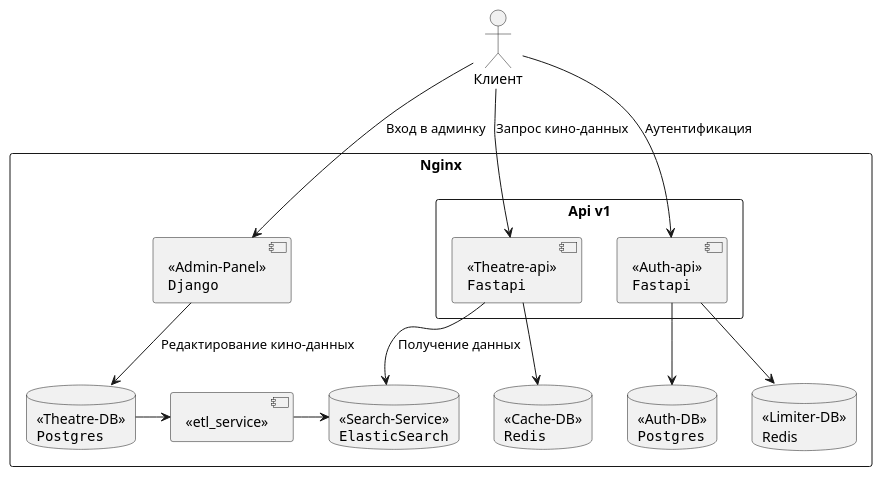
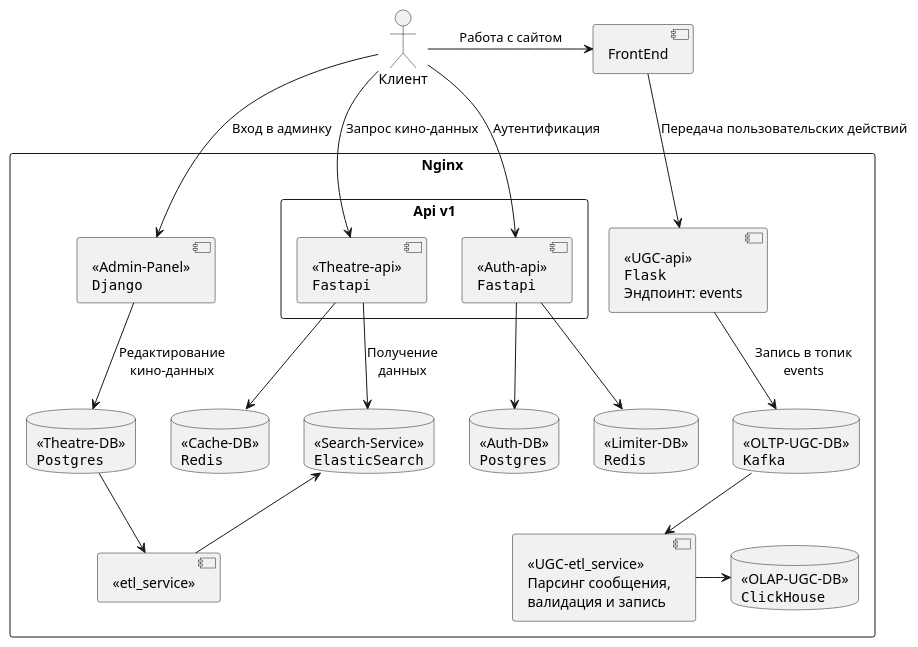
The diagram in docs/current_arch/arch_main.wsd (Garic-Che/ugc_team_3_sprint_2), drawn with PlantUML before and after one commit. The commit also changed 3 other files, not shown here.

Commit message:
Схема взаимодействия сервисов

```diff
--- a/docs/current_arch/arch_main.wsd
+++ b/docs/current_arch/arch_main.wsd
@@ -1,28 +1,38 @@
 @startuml Текущая архитектура
 skinparam componentStyle uml2
 actor Клиент as Client
+component "FrontEnd" as FrontEnd
 rectangle "Nginx" {
     component "<<Admin-Panel>>\n""Django""" as AdminPanel
     component "<<etl_service>>" as ETLService
     rectangle "Api v1" as ApiV1 {
         component "<<Theatre-api>>\n""Fastapi""" as TheatreApi
         component "<<Auth-api>>\n""Fastapi""" as AuthApi
     }
     database "<<Search-Service>>\n""ElasticSearch""" as SearchService
     database "<<Cache-DB>>\n""Redis""" as CacheDB
     database "<<Theatre-DB>>\n""Postgres""" as TheatreDB
     database "<<Auth-DB>>\n""Postgres""" as AuthDB
-    database "<<Limiter-DB>>\nRedis" as LimiterDB
+    database "<<Limiter-DB>>\n""Redis""" as LimiterDB
+    component "<<UGC-api>>\n""Flask""\nЭндпоинт: events" as UGCApi
+    database "<<OLTP-UGC-DB>>\n""Kafka""" as OLTP_UGC_DB
+    database "<<OLAP-UGC-DB>>\n""ClickHouse""" as OLAP_UGC_DB
+    component "<<UGC-etl_service>>\nПарсинг сообщения,\nвалидация и запись" as UGC_ETL
 }
 
 Client -down-> AdminPanel: Вход в админку
 Client -down-> TheatreApi: Запрос кино-данных
 Client -down-> AuthApi: Аутентификация
-TheatreApi -down-> SearchService: Получение данных
+Client -> FrontEnd: Работа с сайтом
+FrontEnd -down-> UGCApi: Передача пользовательских действий
+TheatreApi -down-> SearchService: Получение\nданных
 TheatreApi -down-> CacheDB
-AdminPanel -down-> TheatreDB: Редактирование кино-данных
+AdminPanel -down-> TheatreDB: Редактирование\nкино-данных
 AuthApi -down-> AuthDB
 AuthApi -down-> LimiterDB
-TheatreDB -> ETLService
-ETLService -> SearchService
+TheatreDB -down-> ETLService
+ETLService -up-> SearchService
+UGCApi -down-> OLTP_UGC_DB: Запись в топик\nevents
+OLTP_UGC_DB -down-> UGC_ETL
+UGC_ETL -right-> OLAP_UGC_DB
 @enduml
```
